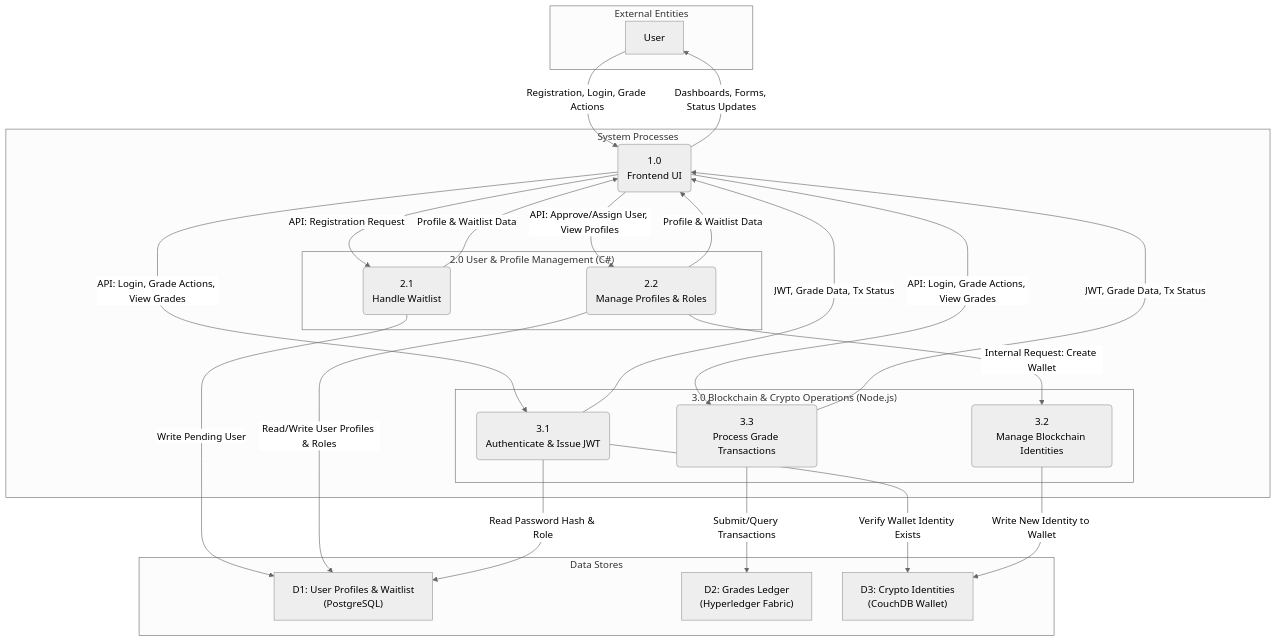
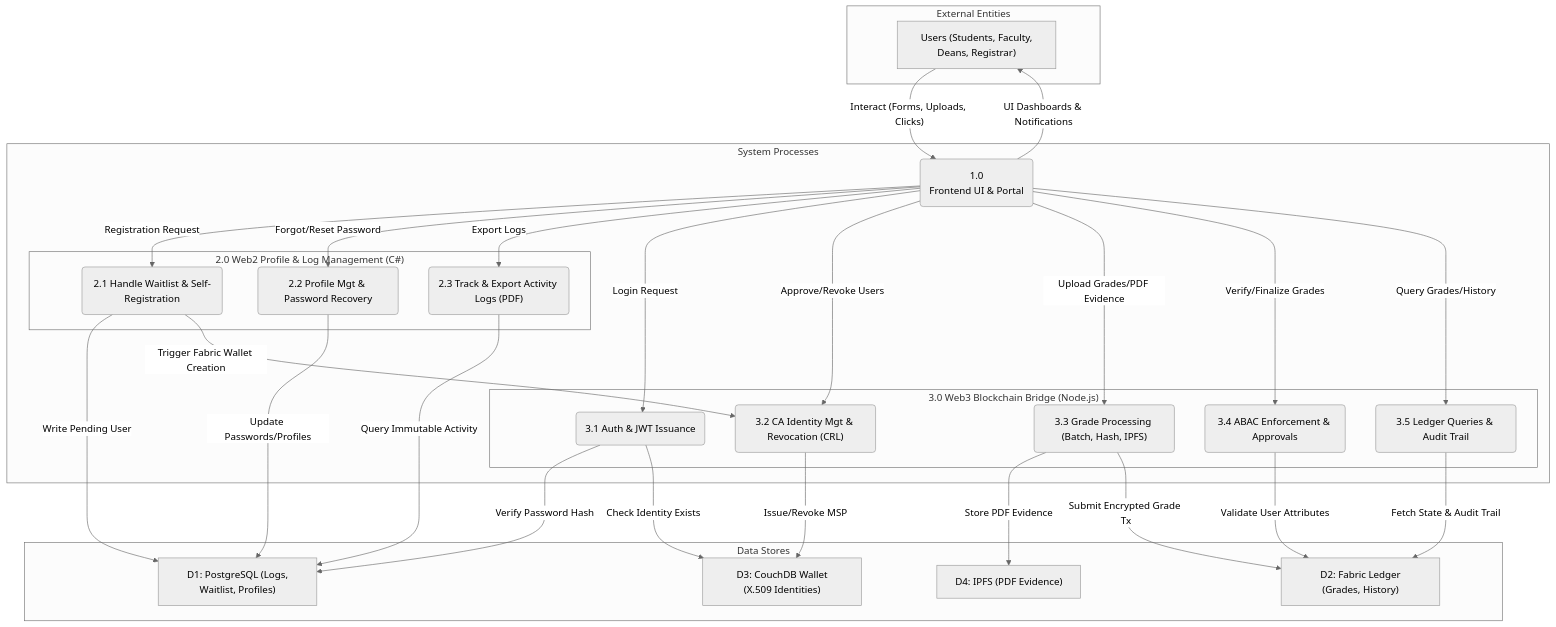
Before and after one commit to Pat-asc/Capstone-Project-BlockChain-BlockGo: the third of 6 diagrams in Guide.md, drawn with Mermaid (neutral theme). The commit also changed other lines of this file and 1 other file, not shown here.

Commit message:
anotherone2 guide.md

````diff
--- a/Guide.md
+++ b/Guide.md
@@ -123,43 +123,58 @@
 ```mermaid
 graph TD
     subgraph "External Entities"
-        U[<fa:fa-user> User]
+        U["<fa:fa-users> Users (Students, Faculty, Deans, Registrar)"]
     end
  
     subgraph "System Processes"
-        P1("1.0<br>Frontend UI")
+        P1("1.0<br>Frontend UI & Portal")
  
-        subgraph "2.0 User & Profile Management (C#)"
-            P2_1("2.1<br>Handle Waitlist")
-            P2_2("2.2<br>Manage Profiles & Roles")
+        subgraph "2.0 Web2 Profile & Log Management (C#)"
+            P2_1("2.1 Handle Waitlist & Self-Registration")
+            P2_2("2.2 Profile Mgt & Password Recovery")
+            P2_3("2.3 Track & Export Activity Logs (PDF)")
         end
  
-        subgraph "3.0 Blockchain & Crypto Operations (Node.js)"
-            P3_1("3.1<br>Authenticate & Issue JWT")
-            P3_2("3.2<br>Manage Blockchain Identities")
-            P3_3("3.3<br>Process Grade Transactions")
+        subgraph "3.0 Web3 Blockchain Bridge (Node.js)"
+            P3_1("3.1 Auth & JWT Issuance")
+            P3_2("3.2 CA Identity Mgt & Revocation (CRL)")
+            P3_3("3.3 Grade Processing (Batch, Hash, IPFS)")
+            P3_4("3.4 ABAC Enforcement & Approvals")
+            P3_5("3.5 Ledger Queries & Audit Trail")
         end
     end
  
     subgraph "Data Stores"
-        D1["<fa:fa-database> D1: User Profiles & Waitlist<br>(PostgreSQL)"]
-        D2["<fa:fa-link> D2: Grades Ledger<br>(Hyperledger Fabric)"]
-        D3["<fa:fa-wallet> D3: Crypto Identities<br>(CouchDB Wallet)"]
+        D1["<fa:fa-database> D1: PostgreSQL (Logs, Waitlist, Profiles)"]
+        D2["<fa:fa-link> D2: Fabric Ledger (Grades, History)"]
+        D3["<fa:fa-wallet> D3: CouchDB Wallet (X.509 Identities)"]
+        D4["<fa:fa-cube> D4: IPFS (PDF Evidence)"]
     end
  
     %% --- Data Flows ---
-    U -- "Registration, Login, Grade Actions" --> P1
-    P1 -- "Dashboards, Forms, Status Updates" --> U
-    P1 -- "API: Registration Request" --> P2_1
-    P1 -- "API: Approve/Assign User, View Profiles" --> P2_2
-    P1 -- "API: Login, Grade Actions, View Grades" --> P3_1 & P3_3
-    P2_1 & P2_2 -- "Profile & Waitlist Data" --> P1
-    P3_1 & P3_3 -- "JWT, Grade Data, Tx Status" --> P1
+    U -- "Interact (Forms, Uploads, Clicks)" --> P1
+    P1 -- "UI Dashboards & Notifications" --> U
+
+    P1 -- "Registration Request" --> P2_1
+    P1 -- "Forgot/Reset Password" --> P2_2
+    P1 -- "Export Logs" --> P2_3
+
+    P1 -- "Login Request" --> P3_1
+    P1 -- "Approve/Revoke Users" --> P3_2
+    P1 -- "Upload Grades/PDF Evidence" --> P3_3
+    P1 -- "Verify/Finalize Grades" --> P3_4
+    P1 -- "Query Grades/History" --> P3_5
+
     P2_1 -- "Write Pending User" --> D1
-    P2_2 -- "Read/Write User Profiles & Roles" --> D1
-    P2_2 -- "Internal Request: Create Wallet" --> P3_2
-    P3_1 -- "Read Password Hash & Role" --> D1
-    P3_1 -- "Verify Wallet Identity Exists" --> D3
-    P3_2 -- "Write New Identity to Wallet" --> D3
-    P3_3 -- "Submit/Query Transactions" --> D2
+    P2_2 -- "Update Passwords/Profiles" --> D1
+    P2_3 -- "Query Immutable Activity" --> D1
+    P2_1 -- "Trigger Fabric Wallet Creation" --> P3_2
+
+    P3_1 -- "Verify Password Hash" --> D1
+    P3_1 -- "Check Identity Exists" --> D3
+    P3_2 -- "Issue/Revoke MSP" --> D3
+    P3_3 -- "Store PDF Evidence" --> D4
+    P3_3 -- "Submit Encrypted Grade Tx" --> D2
+    P3_4 -- "Validate User Attributes" --> D2
+    P3_5 -- "Fetch State & Audit Trail" --> D2
 ```
````
